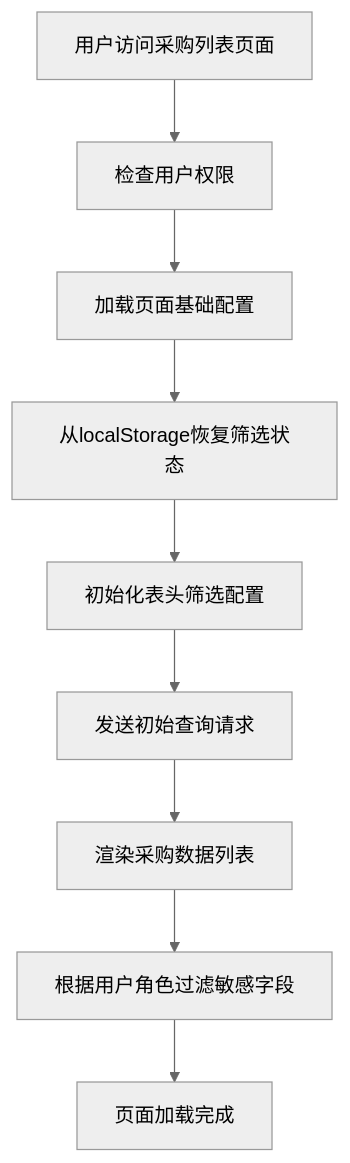
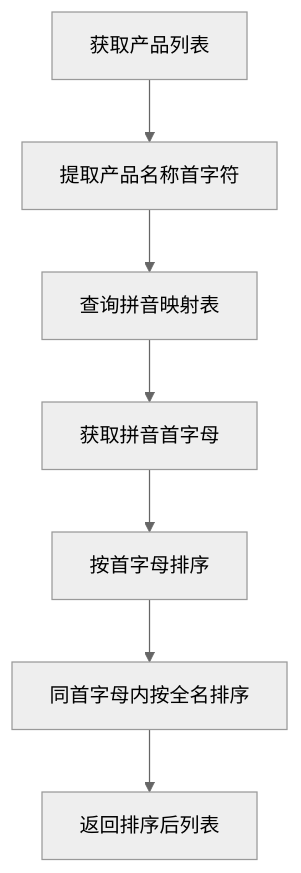
One commit to zhuoweishun/shuijing-erp changed the third of 14 diagrams in .trae/documents/05-业务流程详细规范文档.md. Above: the diagram before and after it, drawn with Mermaid (neutral theme). The commit also changed other lines of this file and 118 other files, not shown here.

````diff
--- a/.trae/documents/05-业务流程详细规范文档.md
+++ b/.trae/documents/05-业务流程详细规范文档.md
@@ -351,11 +99,9 @@
 ```mermaid
 flowchart TD
-    A[用户访问采购列表页面] --> B[检查用户权限]
-    B --> C[加载页面基础配置]
-    C --> D[从localStorage恢复筛选状态]
-    D --> E[初始化表头筛选配置]
-    E --> F[发送初始查询请求]
-    F --> G[渲染采购数据列表]
-    G --> H[根据用户角色过滤敏感字段]
-    H --> I[页面加载完成]
+    A[获取产品列表] --> B[提取产品名称首字符]
+    B --> C[查询拼音映射表]
+    C --> D[获取拼音首字母]
+    D --> E[按首字母排序]
+    E --> F[同首字母内按全名排序]
+    F --> G[返回排序后列表]
 ```
````
